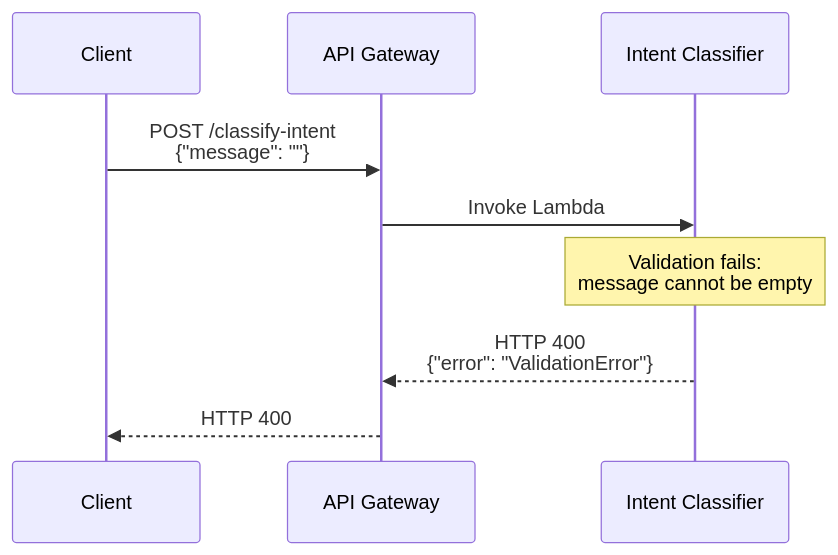
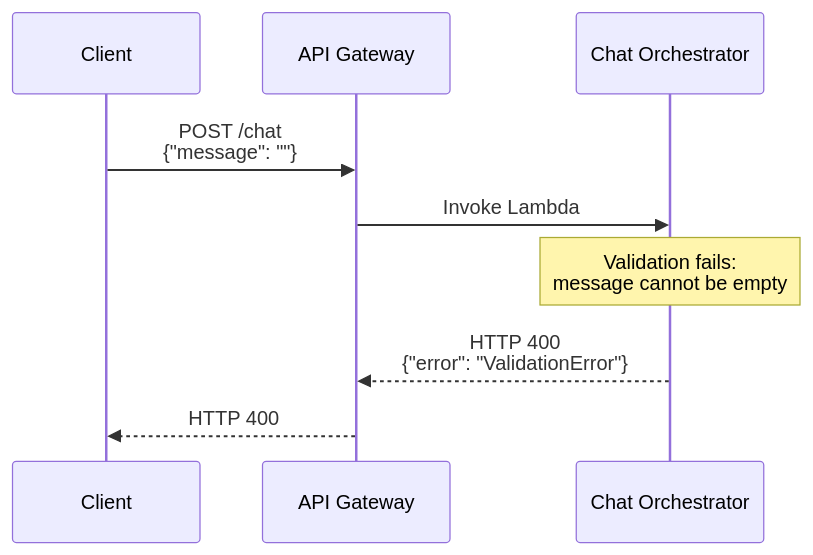
Diagram 14 of 20 in docs/architecture/data-flow.md (jujubear24/ai-customer-service-bot), drawn with Mermaid before and after one commit. The commit also changed other lines of this file, not shown here.

First line of the commit message:
docs(architecture): update data-flow.md for Phase 2 completion

````diff
--- a/docs/architecture/data-flow.md
+++ b/docs/architecture/data-flow.md
@@ -345,14 +591,14 @@
 ```mermaid
 sequenceDiagram
     participant C as Client
     participant AG as API Gateway
-    participant IC as Intent Classifier
+    participant CO as Chat Orchestrator
 
-    C->>AG: POST /classify-intent<br/>{"message": ""}
-    AG->>IC: Invoke Lambda
+    C->>AG: POST /chat<br/>{"message": ""}
+    AG->>CO: Invoke Lambda
 
-    Note over IC: Validation fails:<br/>message cannot be empty
+    Note over CO: Validation fails:<br/>message cannot be empty
 
-    IC-->>AG: HTTP 400<br/>{"error": "ValidationError"}
+    CO-->>AG: HTTP 400<br/>{"error": "ValidationError"}
     AG-->>C: HTTP 400
 ```
````
